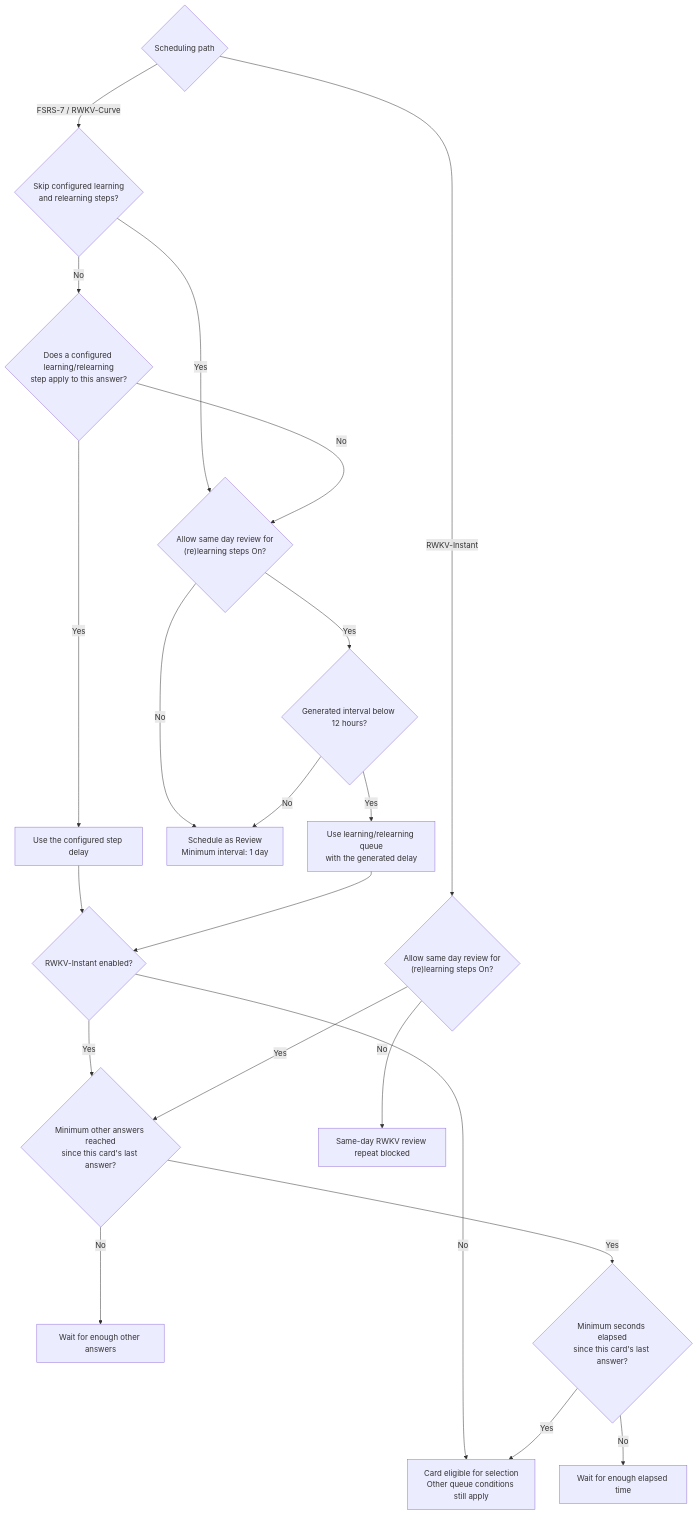
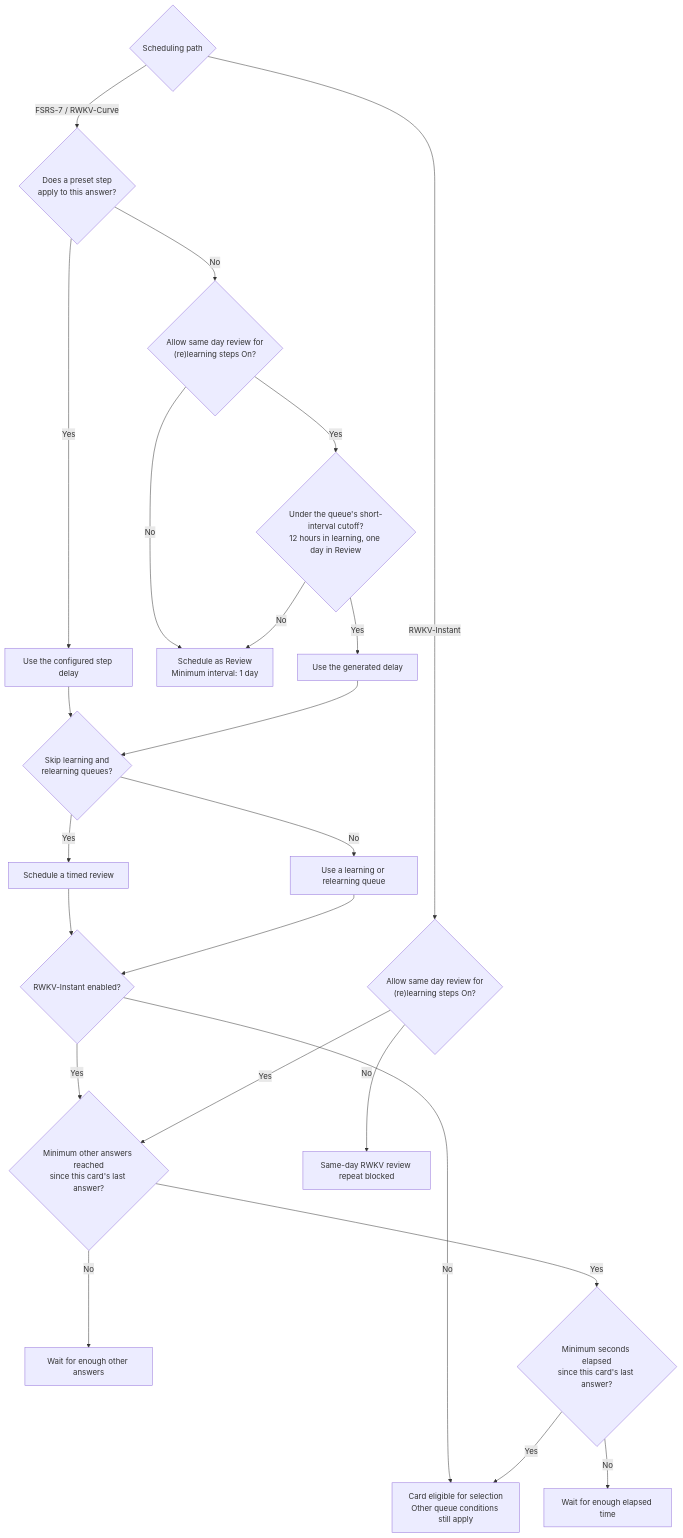
Before and after one commit to JSchoreels/anki: the diagram in RWKV_FAQ.md, drawn with Mermaid. The commit also changed other lines of this file and 52 other files, not shown here.

Commit message:
Schedule FSRS and RWKV steps as timed reviews

````diff
--- a/RWKV_FAQ.md
+++ b/RWKV_FAQ.md
@@ -370,27 +362,29 @@
 ```mermaid
 flowchart TD
     A{"Scheduling path"}
 
-    A -->|FSRS-7 / RWKV-Curve| B{"Skip configured learning<br/>and relearning steps?"}
-    B -->|Yes| F
-    B -->|No| D{"Does a configured learning/relearning<br/>step apply to this answer?"}
+    A -->|FSRS-7 / RWKV-Curve| D{"Does a preset step<br/>apply to this answer?"}
     D -->|Yes| E["Use the configured step delay"]
     D -->|No| F{"Allow same day review for<br/>(re)learning steps On?"}
     F -->|No| C["Schedule as Review<br/>Minimum interval: 1 day"]
-    F -->|Yes| G{"Generated interval below 12 hours?"}
-    G -->|Yes| H["Use learning/relearning queue<br/>with the generated delay"]
+    F -->|Yes| G{"Under the queue's short-interval cutoff?<br/>12 hours in learning, one day in Review"}
+    G -->|Yes| H["Use the generated delay"]
     G -->|No| C
 
-    E --> Q{"RWKV-Instant enabled?"}
-    H --> Q
+    E --> B{"Skip learning and<br/>relearning queues?"}
+    H --> B
+    B -->|Yes| R["Schedule a timed review"]
+    B -->|No| S["Use a learning or relearning queue"]
+    R --> Q{"RWKV-Instant enabled?"}
+    S --> Q
     Q -->|No| P
     Q -->|Yes| L
 
     A -->|RWKV-Instant| I{"Allow same day review for<br/>(re)learning steps On?"}
     I -->|No| J["Same-day RWKV review repeat blocked"]
     I -->|Yes| L{"Minimum other answers reached<br/>since this card's last answer?"}
     L -->|No| M["Wait for enough other answers"]
     L -->|Yes| N{"Minimum seconds elapsed<br/>since this card's last answer?"}
     N -->|No| O["Wait for enough elapsed time"]
     N -->|Yes| P["Card eligible for selection<br/>Other queue conditions still apply"]
 ```
````
